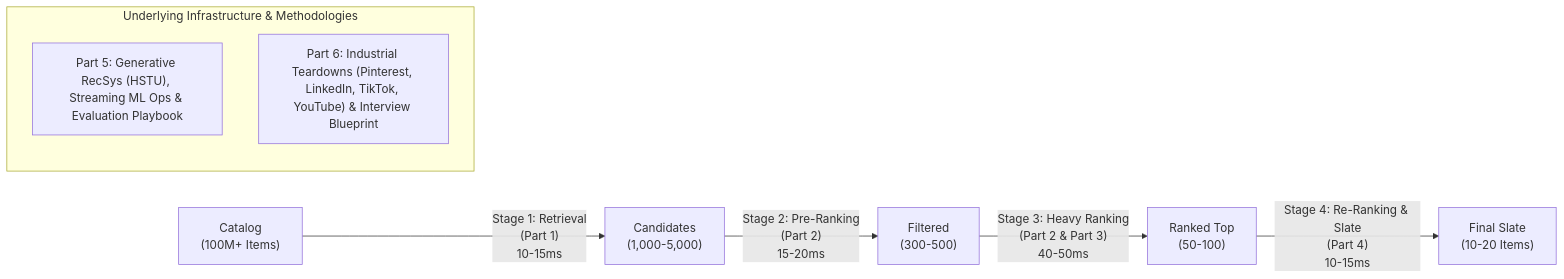
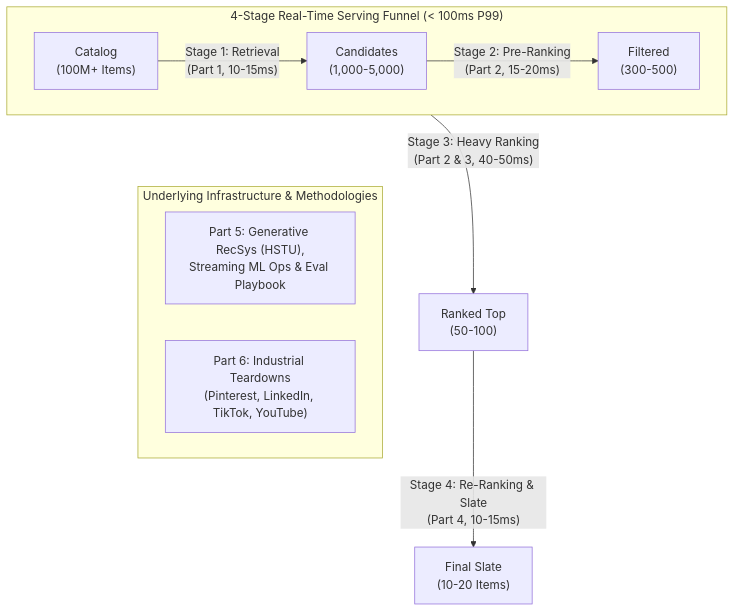
Before and after one commit to jyotipmahes/ML-Interview-Prep: the first of 18 diagrams in System_Design/01_Recommendation_Systems/Part_1_Retrieval_and_Candidate_Generation.md, drawn with Mermaid. The commit also changed other lines of this file, not shown here.

````diff
--- a/System_Design/01_Recommendation_Systems/Part_1_Retrieval_and_Candidate_Generation.md
+++ b/System_Design/01_Recommendation_Systems/Part_1_Retrieval_and_Candidate_Generation.md
@@ -13,12 +13,17 @@
 ```mermaid
-flowchart LR
-    A["Catalog<br/>(100M+ Items)"] -->|"Stage 1: Retrieval<br/>(Part 1)<br/>10-15ms"| B["Candidates<br/>(1,000-5,000)"]
-    B -->|"Stage 2: Pre-Ranking<br/>(Part 2)<br/>15-20ms"| C["Filtered<br/>(300-500)"]
-    C -->|"Stage 3: Heavy Ranking<br/>(Part 2 & Part 3)<br/>40-50ms"| D["Ranked Top<br/>(50-100)"]
-    D -->|"Stage 4: Re-Ranking & Slate<br/>(Part 4)<br/>10-15ms"| E["Final Slate<br/>(10-20 Items)"]
-    
+flowchart TD
+    subgraph Funnel ["4-Stage Real-Time Serving Funnel (< 100ms P99)"]
+        direction LR
+        A["Catalog<br/>(100M+ Items)"] -->|"Stage 1: Retrieval<br/>(Part 1, 10-15ms)"| B["Candidates<br/>(1,000-5,000)"]
+        B -->|"Stage 2: Pre-Ranking<br/>(Part 2, 15-20ms)"| C["Filtered<br/>(300-500)"]
+    end
+    C -->|"Stage 3: Heavy Ranking<br/>(Part 2 & 3, 40-50ms)"| D["Ranked Top<br/>(50-100)"]
+    D -->|"Stage 4: Re-Ranking & Slate<br/>(Part 4, 10-15ms)"| E["Final Slate<br/>(10-20 Items)"]
+
     subgraph Infrastructure ["Underlying Infrastructure & Methodologies"]
-        F["Part 5: Generative RecSys (HSTU), Streaming ML Ops & Evaluation Playbook"]
-        G["Part 6: Industrial Teardowns (Pinterest, LinkedIn, TikTok, YouTube) & Interview Blueprint"]
+        direction LR
+        F["Part 5: Generative RecSys (HSTU),<br/>Streaming ML Ops & Eval Playbook"]
+        G["Part 6: Industrial Teardowns<br/>(Pinterest, LinkedIn, TikTok, YouTube)"]
     end
+    Funnel ~~~ Infrastructure
 ```
````
